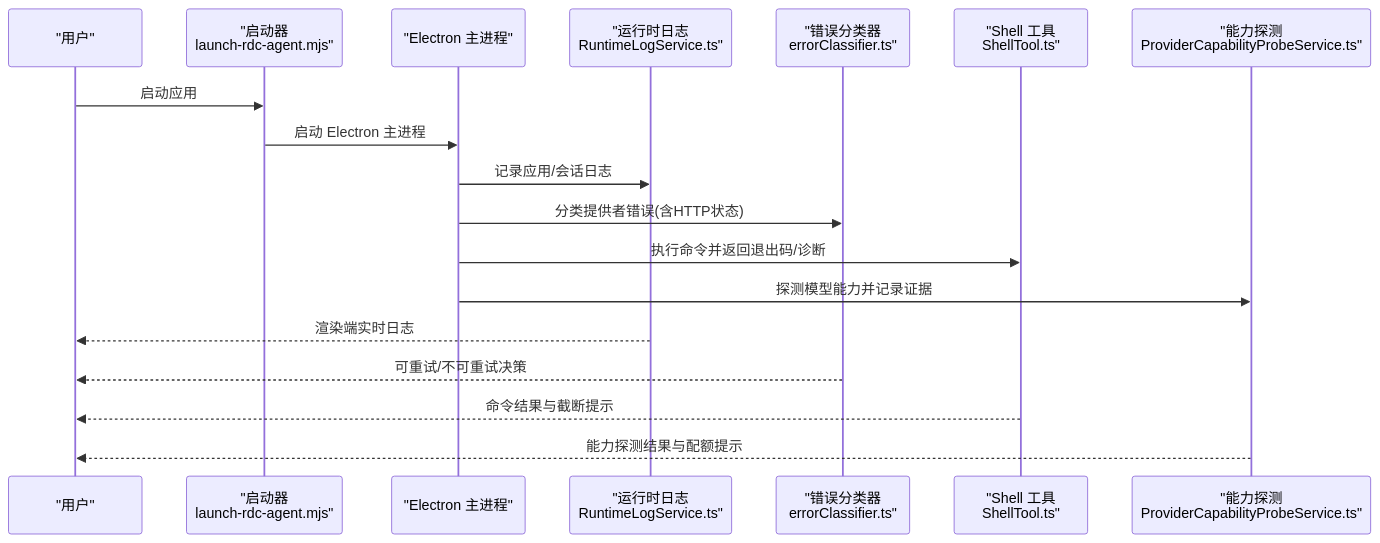
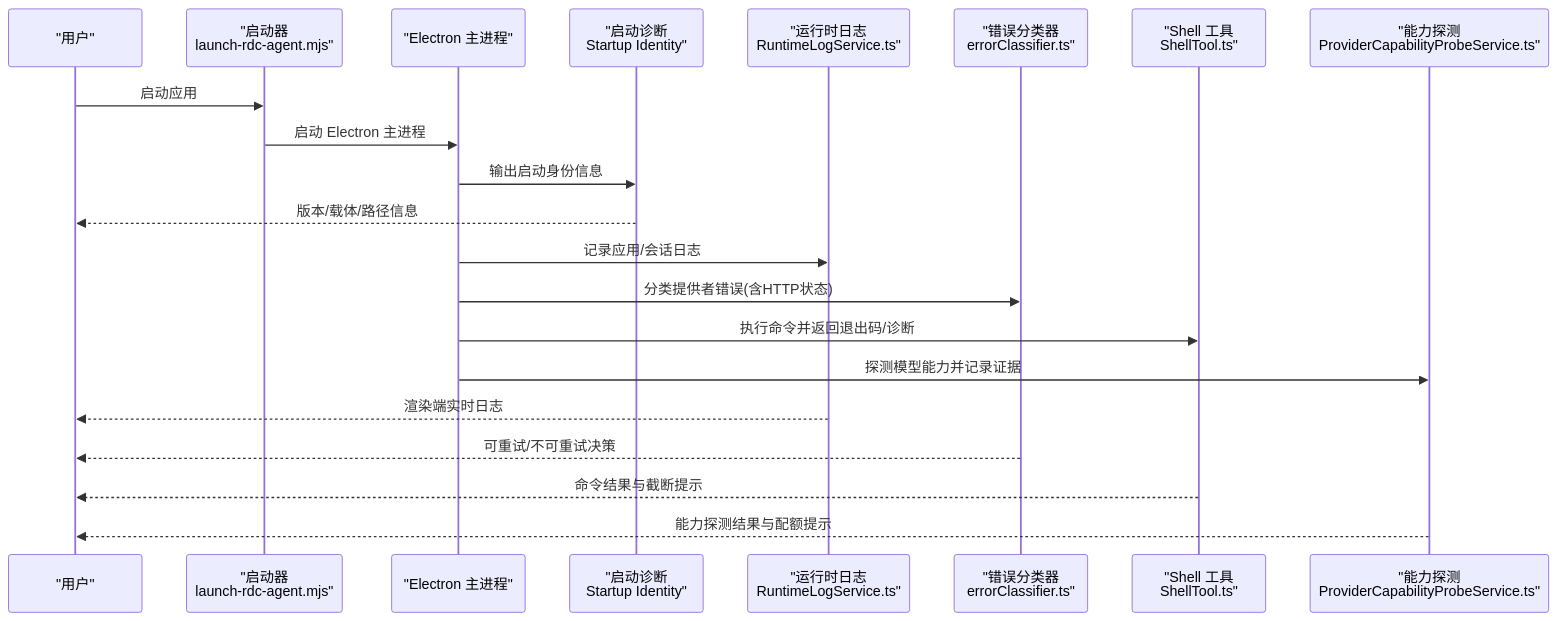
Before and after one commit to haolange/RDC-Agent: the second of 9 diagrams in .qoder/repowiki/zh/content/故障排除.md, drawn with Mermaid. The commit also changed other lines of this file and 80 other files, not shown here.

````diff
--- a/.qoder/repowiki/zh/content/故障排除.md
+++ b/.qoder/repowiki/zh/content/故障排除.md
@@ -102,20 +116,23 @@
 ```mermaid
 sequenceDiagram
 participant U as "用户"
 participant L as "启动器<br/>launch-rdc-agent.mjs"
 participant M as "Electron 主进程"
+participant SD as "启动诊断<br/>Startup Identity"
 participant RL as "运行时日志<br/>RuntimeLogService.ts"
 participant EC as "错误分类器<br/>errorClassifier.ts"
 participant ST as "Shell 工具<br/>ShellTool.ts"
 participant PC as "能力探测<br/>ProviderCapabilityProbeService.ts"
 U->>L : 启动应用
 L->>M : 启动 Electron 主进程
+M->>SD : 输出启动身份信息
+SD-->>U : 版本/载体/路径信息
 M->>RL : 记录应用/会话日志
 M->>EC : 分类提供者错误(含HTTP状态)
 M->>ST : 执行命令并返回退出码/诊断
 M->>PC : 探测模型能力并记录证据
 RL-->>U : 渲染端实时日志
 EC-->>U : 可重试/不可重试决策
 ST-->>U : 命令结果与截断提示
 PC-->>U : 能力探测结果与配额提示
 ```
````
